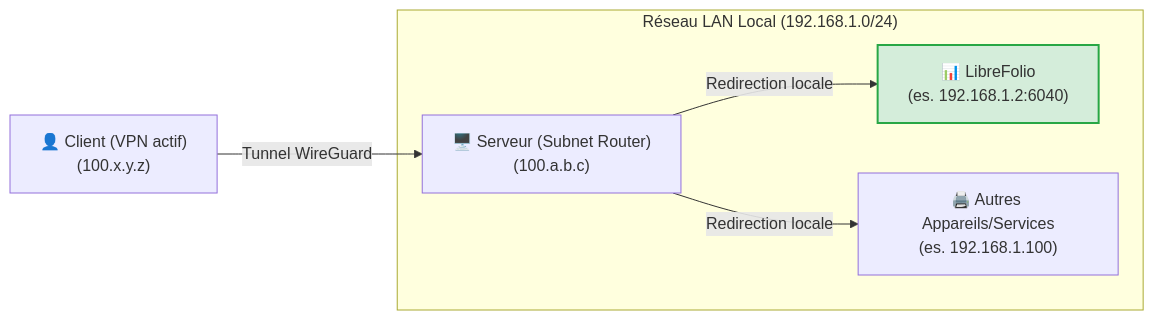
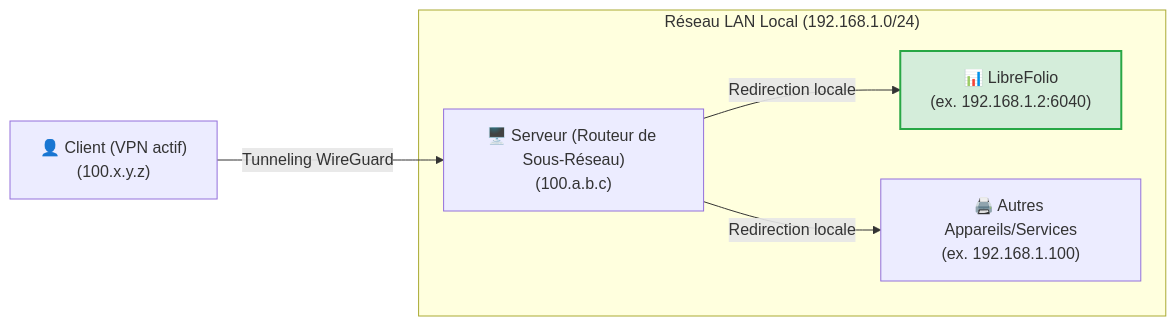
Before and after one commit to Librefolio/LibreFolio: the third of 5 diagrams in mkdocs_src/docs/admin/tailscale_exposure.fr.md, drawn with Mermaid. The commit also changed other lines of this file and 13 other files, not shown here.

````diff
--- a/mkdocs_src/docs/admin/tailscale_exposure.fr.md
+++ b/mkdocs_src/docs/admin/tailscale_exposure.fr.md
@@ -139,9 +139,9 @@
 ```mermaid
 graph LR
-    Client["👤 Client (VPN actif)<br>(100.x.y.z)"] -->|Tunnel WireGuard| Server["🖥️ Serveur (Subnet Router)<br>(100.a.b.c)"]
-    subgraph LAN ["Réseau LAN Local (192.168.1.0/24)"]
-        Server -->|Redirection locale| LibreFolio["📊 LibreFolio<br>(es. 192.168.1.2:6040)"]
-        Server -->|Redirection locale| OtherDevice["🖨️ Autres Appareils/Services<br>(es. 192.168.1.100)"]
-    end
-    style LibreFolio fill:#d4edda,stroke:#28a745,stroke-width:2px;
+ Client["👤 Client (VPN actif)<br>(100.x.y.z)"] -->|Tunneling WireGuard| Server["🖥️ Serveur (Routeur de Sous-Réseau)<br>(100.a.b.c)"]
+ subgraph LAN ["Réseau LAN Local (192.168.1.0/24)"]
+ Server -->|Redirection locale| LibreFolio["📊 LibreFolio<br>(ex. 192.168.1.2:6040)"]
+ Server -->|Redirection locale| OtherDevice["🖨️ Autres Appareils/Services<br>(ex. 192.168.1.100)"]
+ end
+ style LibreFolio fill:#d4edda,stroke:#28a745,stroke-width:2px;
 ```
````
